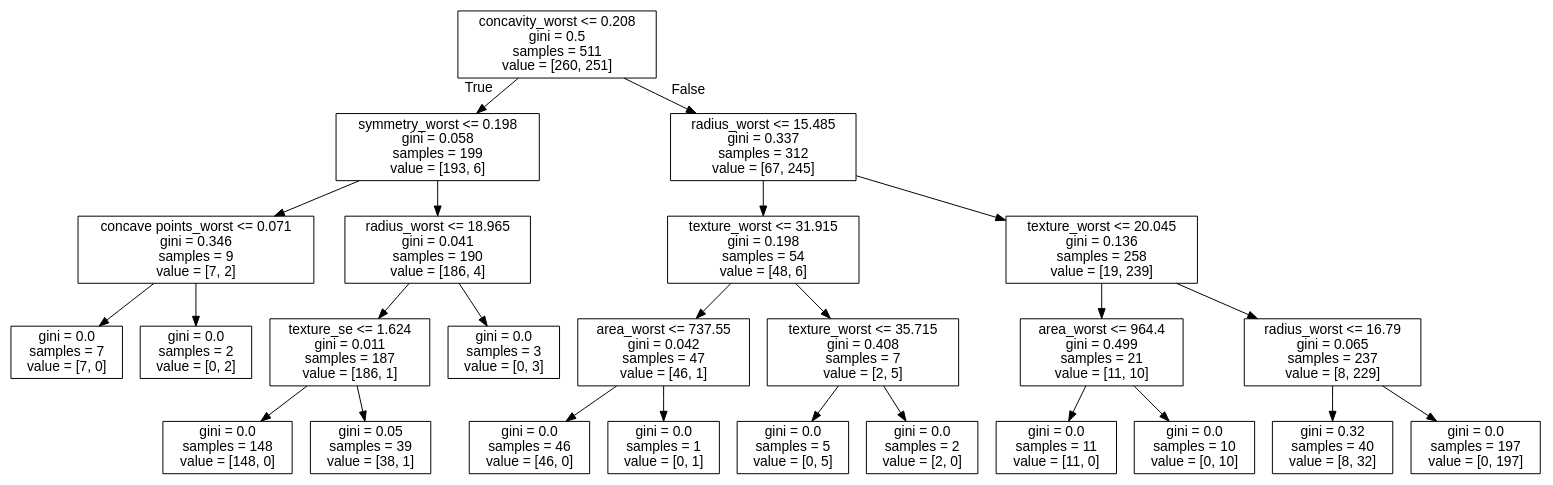
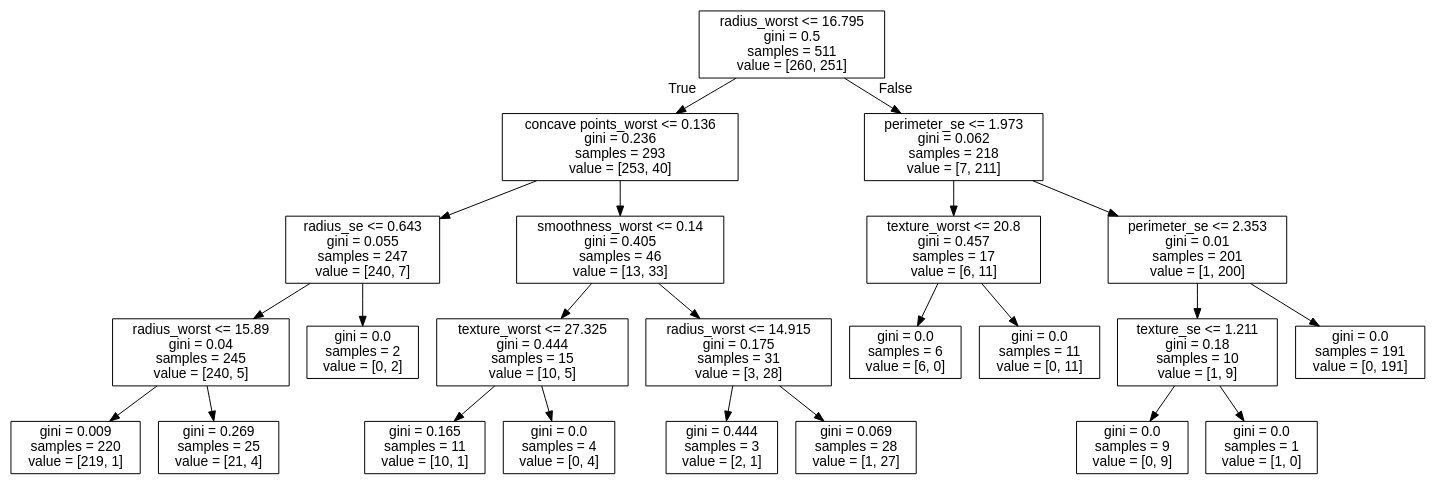
The diagram in tree.dot (m21ark/ia_t2), drawn with Graphviz before and after one commit. The commit also changed 2 other files, not shown here.

```diff
--- a/tree.dot
+++ b/tree.dot
@@ -1,53 +1,49 @@
 digraph Tree {
 node [shape=box, fontname="helvetica"] ;
 edge [fontname="helvetica"] ;
-0 [label="concavity_worst <= 0.208\ngini = 0.5\nsamples = 511\nvalue = [260, 251]"] ;
-1 [label="symmetry_worst <= 0.198\ngini = 0.058\nsamples = 199\nvalue = [193, 6]"] ;
+0 [label="radius_worst <= 16.795\ngini = 0.5\nsamples = 511\nvalue = [260, 251]"] ;
+1 [label="concave points_worst <= 0.136\ngini = 0.236\nsamples = 293\nvalue = [253, 40]"] ;
 0 -> 1 [labeldistance=2.5, labelangle=45, headlabel="True"] ;
-2 [label="concave points_worst <= 0.071\ngini = 0.346\nsamples = 9\nvalue = [7, 2]"] ;
+2 [label="radius_se <= 0.643\ngini = 0.055\nsamples = 247\nvalue = [240, 7]"] ;
 1 -> 2 ;
-3 [label="gini = 0.0\nsamples = 7\nvalue = [7, 0]"] ;
+3 [label="radius_worst <= 15.89\ngini = 0.04\nsamples = 245\nvalue = [240, 5]"] ;
 2 -> 3 ;
-4 [label="gini = 0.0\nsamples = 2\nvalue = [0, 2]"] ;
-2 -> 4 ;
-5 [label="radius_worst <= 18.965\ngini = 0.041\nsamples = 190\nvalue = [186, 4]"] ;
-1 -> 5 ;
-6 [label="texture_se <= 1.624\ngini = 0.011\nsamples = 187\nvalue = [186, 1]"] ;
-5 -> 6 ;
-7 [label="gini = 0.0\nsamples = 148\nvalue = [148, 0]"] ;
-6 -> 7 ;
-8 [label="gini = 0.05\nsamples = 39\nvalue = [38, 1]"] ;
-6 -> 8 ;
-9 [label="gini = 0.0\nsamples = 3\nvalue = [0, 3]"] ;
-5 -> 9 ;
-10 [label="radius_worst <= 15.485\ngini = 0.337\nsamples = 312\nvalue = [67, 245]"] ;
-0 -> 10 [labeldistance=2.5, labelangle=-45, headlabel="False"] ;
-11 [label="texture_worst <= 31.915\ngini = 0.198\nsamples = 54\nvalue = [48, 6]"] ;
-10 -> 11 ;
-12 [label="area_worst <= 737.55\ngini = 0.042\nsamples = 47\nvalue = [46, 1]"] ;
+4 [label="gini = 0.009\nsamples = 220\nvalue = [219, 1]"] ;
+3 -> 4 ;
+5 [label="gini = 0.269\nsamples = 25\nvalue = [21, 4]"] ;
+3 -> 5 ;
+6 [label="gini = 0.0\nsamples = 2\nvalue = [0, 2]"] ;
+2 -> 6 ;
+7 [label="smoothness_worst <= 0.14\ngini = 0.405\nsamples = 46\nvalue = [13, 33]"] ;
+1 -> 7 ;
+8 [label="texture_worst <= 27.325\ngini = 0.444\nsamples = 15\nvalue = [10, 5]"] ;
+7 -> 8 ;
+9 [label="gini = 0.165\nsamples = 11\nvalue = [10, 1]"] ;
+8 -> 9 ;
+10 [label="gini = 0.0\nsamples = 4\nvalue = [0, 4]"] ;
+8 -> 10 ;
+11 [label="radius_worst <= 14.915\ngini = 0.175\nsamples = 31\nvalue = [3, 28]"] ;
+7 -> 11 ;
+12 [label="gini = 0.444\nsamples = 3\nvalue = [2, 1]"] ;
 11 -> 12 ;
-13 [label="gini = 0.0\nsamples = 46\nvalue = [46, 0]"] ;
-12 -> 13 ;
-14 [label="gini = 0.0\nsamples = 1\nvalue = [0, 1]"] ;
-12 -> 14 ;
-15 [label="texture_worst <= 35.715\ngini = 0.408\nsamples = 7\nvalue = [2, 5]"] ;
-11 -> 15 ;
-16 [label="gini = 0.0\nsamples = 5\nvalue = [0, 5]"] ;
+13 [label="gini = 0.069\nsamples = 28\nvalue = [1, 27]"] ;
+11 -> 13 ;
+14 [label="perimeter_se <= 1.973\ngini = 0.062\nsamples = 218\nvalue = [7, 211]"] ;
+0 -> 14 [labeldistance=2.5, labelangle=-45, headlabel="False"] ;
+15 [label="texture_worst <= 20.8\ngini = 0.457\nsamples = 17\nvalue = [6, 11]"] ;
+14 -> 15 ;
+16 [label="gini = 0.0\nsamples = 6\nvalue = [6, 0]"] ;
 15 -> 16 ;
-17 [label="gini = 0.0\nsamples = 2\nvalue = [2, 0]"] ;
+17 [label="gini = 0.0\nsamples = 11\nvalue = [0, 11]"] ;
 15 -> 17 ;
-18 [label="texture_worst <= 20.045\ngini = 0.136\nsamples = 258\nvalue = [19, 239]"] ;
-10 -> 18 ;
-19 [label="area_worst <= 964.4\ngini = 0.499\nsamples = 21\nvalue = [11, 10]"] ;
+18 [label="perimeter_se <= 2.353\ngini = 0.01\nsamples = 201\nvalue = [1, 200]"] ;
+14 -> 18 ;
+19 [label="texture_se <= 1.211\ngini = 0.18\nsamples = 10\nvalue = [1, 9]"] ;
 18 -> 19 ;
-20 [label="gini = 0.0\nsamples = 11\nvalue = [11, 0]"] ;
+20 [label="gini = 0.0\nsamples = 9\nvalue = [0, 9]"] ;
 19 -> 20 ;
-21 [label="gini = 0.0\nsamples = 10\nvalue = [0, 10]"] ;
+21 [label="gini = 0.0\nsamples = 1\nvalue = [1, 0]"] ;
 19 -> 21 ;
-22 [label="radius_worst <= 16.79\ngini = 0.065\nsamples = 237\nvalue = [8, 229]"] ;
+22 [label="gini = 0.0\nsamples = 191\nvalue = [0, 191]"] ;
 18 -> 22 ;
-23 [label="gini = 0.32\nsamples = 40\nvalue = [8, 32]"] ;
-22 -> 23 ;
-24 [label="gini = 0.0\nsamples = 197\nvalue = [0, 197]"] ;
-22 -> 24 ;
 }
```
